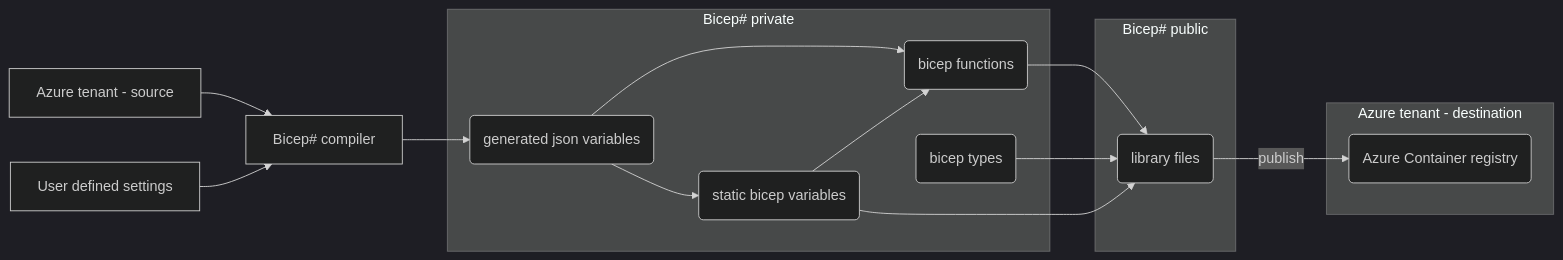
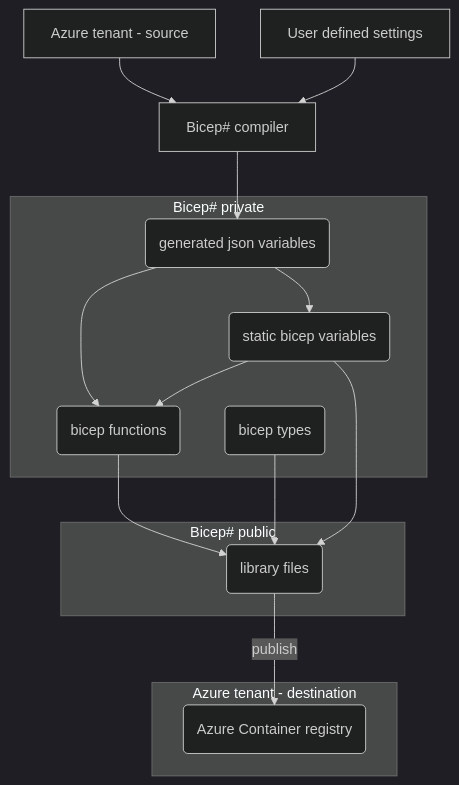
The diagram in README.md (erwinkramer/bicep-sharp), drawn with Mermaid (dark theme) before and after one commit.

Commit message:
flowchart to TB

````diff
--- a/README.md
+++ b/README.md
@@ -91,35 +91,35 @@
 ```mermaid
-flowchart LR
+flowchart TB
 
 ats[Azure tenant - source]
 udv[User defined settings]
 compiler[Bicep# compiler]
 
 subgraph atd[Azure tenant - destination]
     acr(Azure Container registry)
 end
 
 subgraph Bicep# public
     publib(library files)
 end
 
 subgraph Bicep# private
     pconst --> pfunc(bicep functions)
     pgen(generated json variables) --> pfunc
     ptypes(bicep types)
     pgen --> pconst
     pconst(static bicep variables)
 end
 
 
 pfunc --> publib
 pconst --> publib
 ptypes --> publib
 
 publib -- publish --> acr
 
 ats --> compiler
 udv --> compiler
 
 compiler --> pgen
 ```
````
